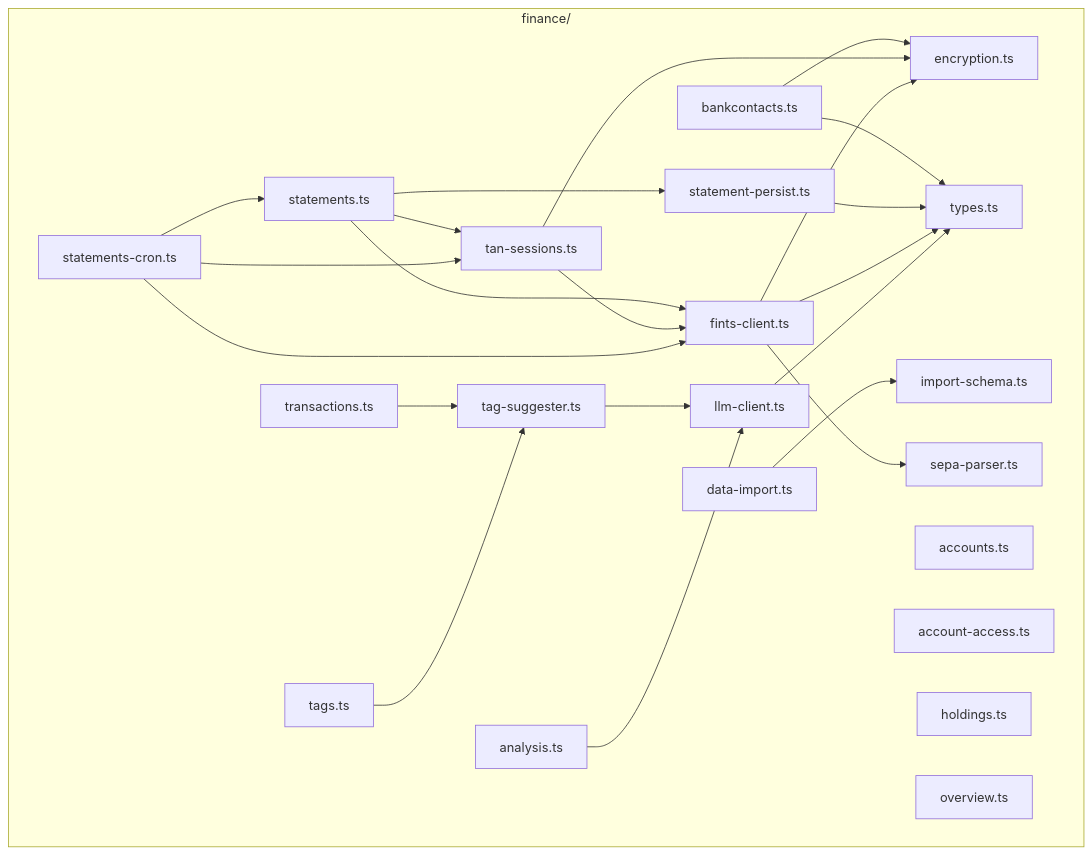
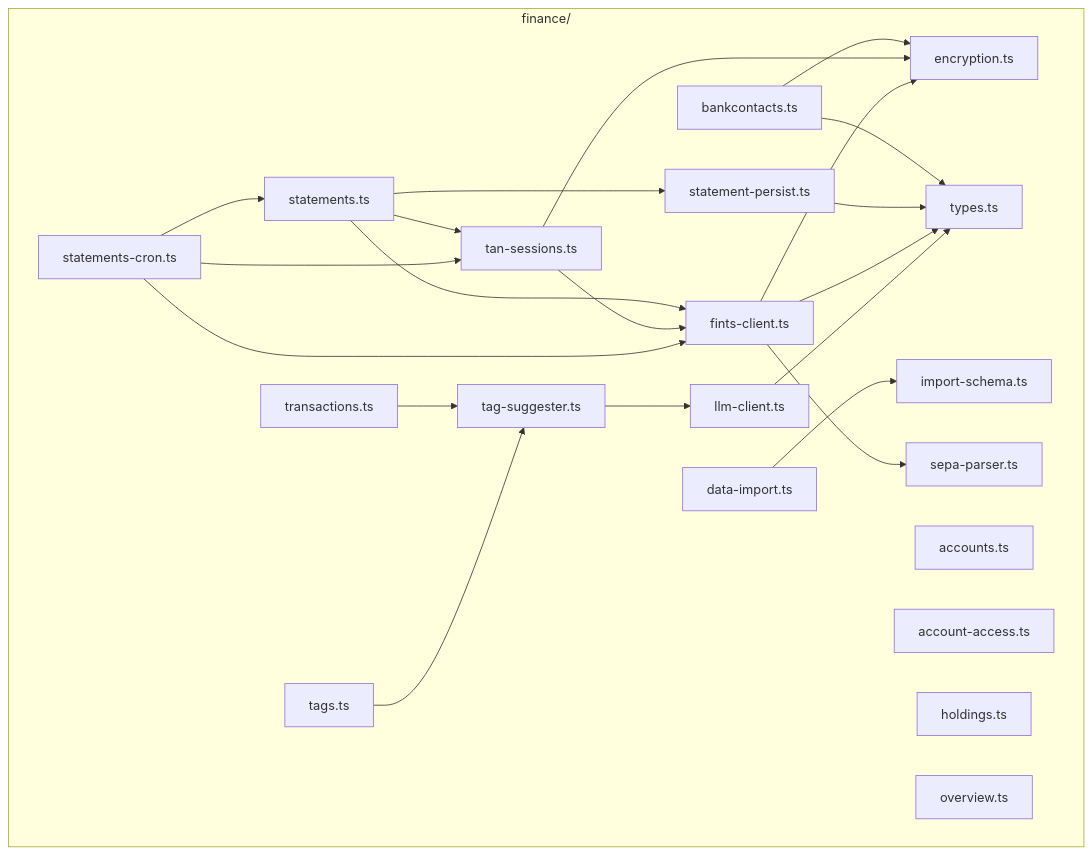
One commit to as19git67/fk-encore changed the diagram in documentation/finance-service-layout.md. Above: the diagram before and after it, drawn with Mermaid. The commit also changed other lines of this file and 44 other files, not shown here.

````diff
--- a/documentation/finance-service-layout.md
+++ b/documentation/finance-service-layout.md
@@ -132,47 +129,45 @@
 ```mermaid
 graph TD
   subgraph finance/
     BC[bankcontacts.ts]
     AC[accounts.ts]
     AA[account-access.ts]
     ST[statements.ts]
     SP[statement-persist.ts]
     TS[tan-sessions.ts]
     TX[transactions.ts]
     TG[tags.ts]
-    AN[analysis.ts]
     DI[data-import.ts]
     CR[statements-cron.ts]
     HO[holdings.ts]
     OV[overview.ts]
     SE[sepa-parser.ts]
 
     FC[fints-client.ts]
     EN[encryption.ts]
     LC[llm-client.ts]
     SU[tag-suggester.ts]
     IS[import-schema.ts]
     TY[types.ts]
   end
 
   BC --> EN
   BC --> TY
   ST --> FC
   ST --> TS
   ST --> SP
   SP --> TY
   TS --> FC
   TS --> EN
   CR --> FC
   CR --> ST
   CR --> TS
   TX --> SU
   SU --> LC
   TG --> SU
-  AN --> LC
   DI --> IS
   FC --> EN
   FC --> TY
   FC --> SE
   LC --> TY
 ```
````
